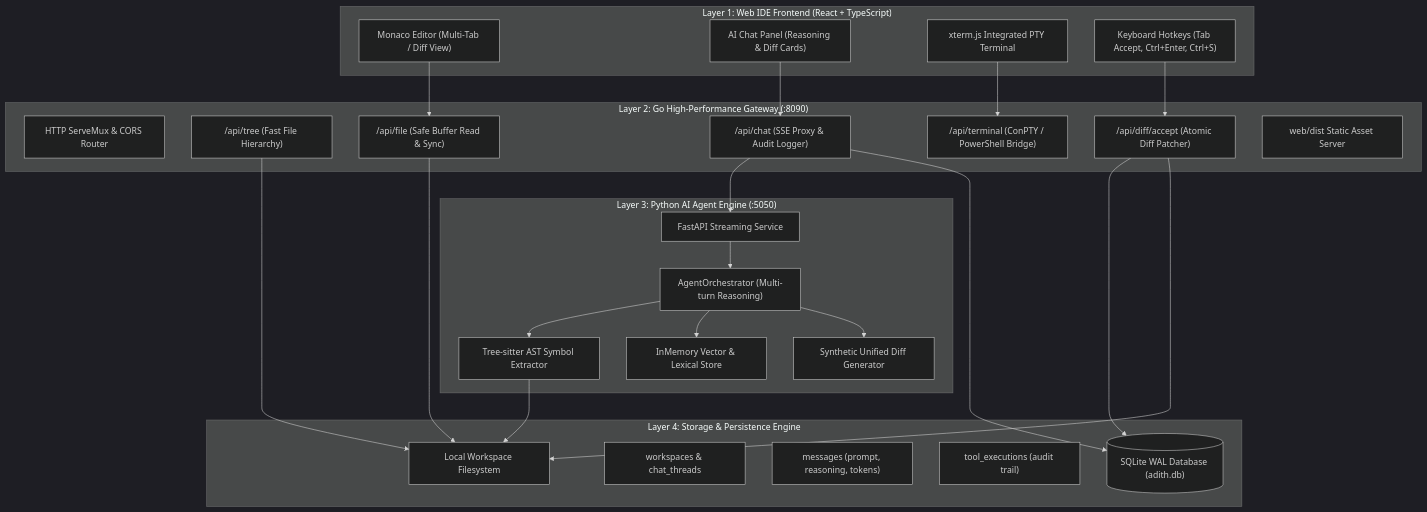
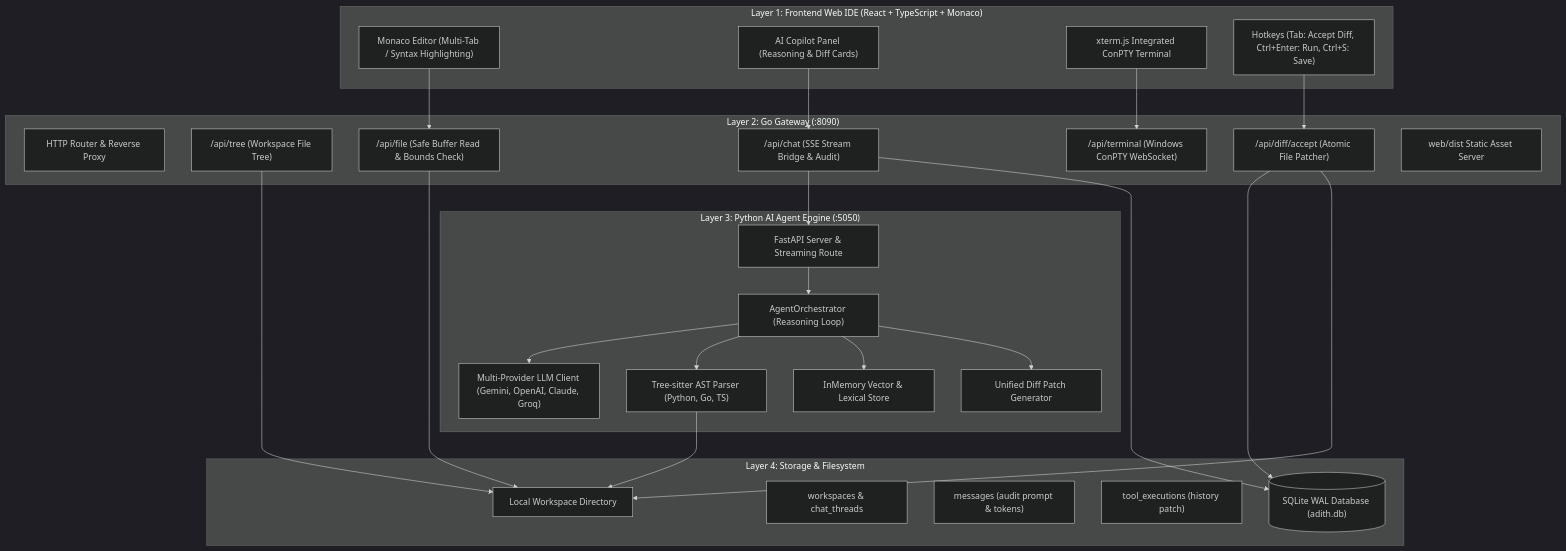
The diagram in README.md (IqballAditya/adith-ai-agent), drawn with Mermaid (dark theme) before and after one commit. The commit also changed other lines of this file, not shown here.

Commit message:
docs: enrich README with complete architecture, features, and setup guide

````diff
--- a/README.md
+++ b/README.md
@@ -12,53 +50,55 @@
 ```mermaid
 flowchart TD
-    subgraph Layer1["Layer 1: Web IDE Frontend (React + TypeScript)"]
-        UI["Monaco Editor (Multi-Tab / Diff View)"]
-        ChatUI["AI Chat Panel (Reasoning & Diff Cards)"]
-        TermUI["xterm.js Integrated PTY Terminal"]
-        Hotkeys["Keyboard Hotkeys (Tab Accept, Ctrl+Enter, Ctrl+S)"]
+    subgraph Layer1["Layer 1: Frontend Web IDE (React + TypeScript + Monaco)"]
+        UI["Monaco Editor (Multi-Tab / Syntax Highlighting)"]
+        ChatUI["AI Copilot Panel (Reasoning & Diff Cards)"]
+        TermUI["xterm.js Integrated ConPTY Terminal"]
+        Hotkeys["Hotkeys (Tab: Accept Diff, Ctrl+Enter: Run, Ctrl+S: Save)"]
     end
 
-    subgraph Layer2["Layer 2: Go High-Performance Gateway (:8090)"]
-        Mux["HTTP ServeMux & CORS Router"]
-        TreeAPI["/api/tree (Fast File Hierarchy)"]
-        FileAPI["/api/file (Safe Buffer Read & Sync)"]
-        DiffAPI["/api/diff/accept (Atomic Diff Patcher)"]
-        SSEProxy["/api/chat (SSE Proxy & Audit Logger)"]
-        PTYWs["/api/terminal (ConPTY / PowerShell Bridge)"]
+    subgraph Layer2["Layer 2: Go Gateway (:8090)"]
+        Mux["HTTP Router & Reverse Proxy"]
+        TreeAPI["/api/tree (Workspace File Tree)"]
+        FileAPI["/api/file (Safe Buffer Read & Bounds Check)"]
+        DiffAPI["/api/diff/accept (Atomic File Patcher)"]
+        SSEProxy["/api/chat (SSE Stream Bridge & Audit)"]
+        PTYWs["/api/terminal (Windows ConPTY WebSocket)"]
         StaticServe["web/dist Static Asset Server"]
     end
 
     subgraph Layer3["Layer 3: Python AI Agent Engine (:5050)"]
-        FastAPIApp["FastAPI Streaming Service"]
-        Orchestrator["AgentOrchestrator (Multi-turn Reasoning)"]
-        ASTParser["Tree-sitter AST Symbol Extractor"]
+        FastAPIApp["FastAPI Server & Streaming Route"]
+        Orchestrator["AgentOrchestrator (Reasoning Loop)"]
+        LLMRouter["Multi-Provider LLM Client (Gemini, OpenAI, Claude, Groq)"]
+        ASTParser["Tree-sitter AST Parser (Python, Go, TS)"]
         VectorMemory["InMemory Vector & Lexical Store"]
-        DiffGen["Synthetic Unified Diff Generator"]
+        DiffGen["Unified Diff Patch Generator"]
     end
 
-    subgraph Layer4["Layer 4: Storage & Persistence Engine"]
+    subgraph Layer4["Layer 4: Storage & Filesystem"]
         SQLiteDB[("SQLite WAL Database (adith.db)")]
         WorkspacesTbl["workspaces & chat_threads"]
-        MessagesTbl["messages (prompt, reasoning, tokens)"]
-        ToolExecTbl["tool_executions (audit trail)"]
-        WorkspaceFiles["Local Workspace Filesystem"]
+        MessagesTbl["messages (audit prompt & tokens)"]
+        ToolExecTbl["tool_executions (history patch)"]
+        WorkspaceFiles["Local Workspace Directory"]
     end
 
     UI --> FileAPI
     ChatUI --> SSEProxy
     TermUI --> PTYWs
     Hotkeys --> DiffAPI
 
     SSEProxy --> FastAPIApp
     DiffAPI --> SQLiteDB
     DiffAPI --> WorkspaceFiles
     SSEProxy --> SQLiteDB
     FileAPI --> WorkspaceFiles
     TreeAPI --> WorkspaceFiles
 
     FastAPIApp --> Orchestrator
+    Orchestrator --> LLMRouter
     Orchestrator --> ASTParser
     Orchestrator --> VectorMemory
     Orchestrator --> DiffGen
     ASTParser --> WorkspaceFiles
 ```
````
